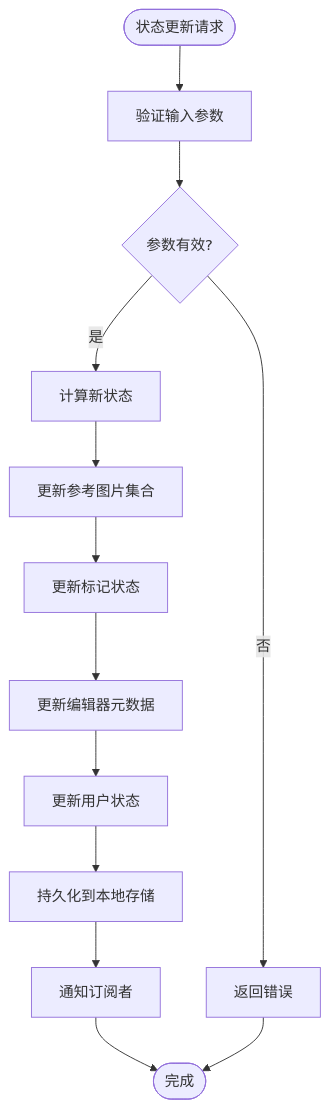
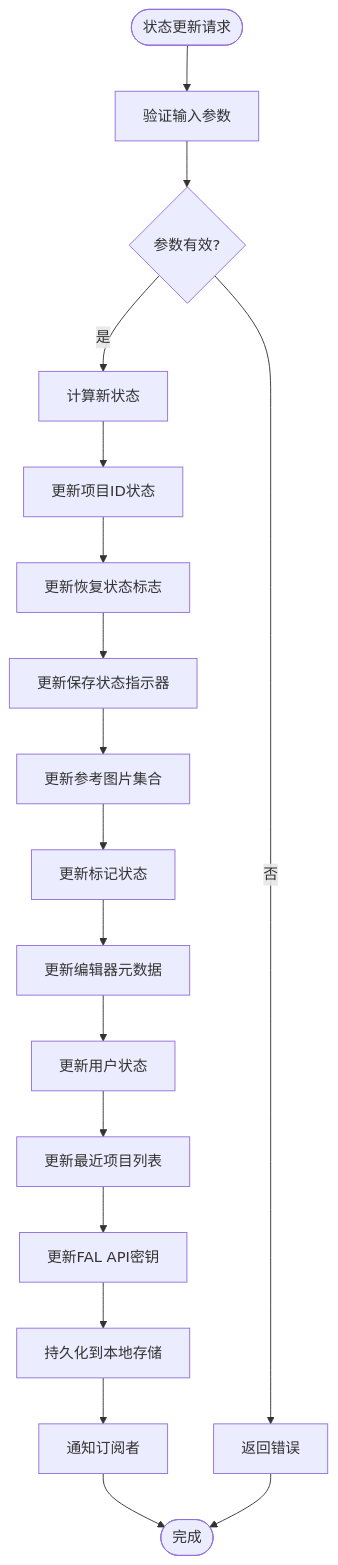
Before and after one commit to billye220670/BananaFlow2: the fifth of 29 diagrams in .qoder/repowiki/zh/content/状态管理系统.md, drawn with Mermaid. The commit also changed other lines of this file and 12 other files, not shown here.

First line of the commit message:
fix: shimmer占位图全程覆盖 + 拖入无限循环修复

````diff
--- a/.qoder/repowiki/zh/content/状态管理系统.md
+++ b/.qoder/repowiki/zh/content/状态管理系统.md
@@ -317,15 +372,20 @@
 ```mermaid
 flowchart TD
 Start([状态更新请求]) --> Validate["验证输入参数"]
 Validate --> Valid{"参数有效?"}
 Valid --> |否| Error["返回错误"]
 Valid --> |是| Compute["计算新状态"]
-Compute --> UpdateRefs["更新参考图片集合"]
+Compute --> UpdateProjectId["更新项目ID状态"]
+UpdateProjectId --> UpdateRestoreFlag["更新恢复状态标志"]
+UpdateRestoreFlag --> UpdateSaveStatus["更新保存状态指示器"]
+UpdateSaveStatus --> UpdateRefs["更新参考图片集合"]
 UpdateRefs --> UpdateMarkers["更新标记状态"]
 UpdateMarkers --> UpdateEditor["更新编辑器元数据"]
 UpdateEditor --> UpdateUser["更新用户状态"]
-UpdateUser --> Persist["持久化到本地存储"]
+UpdateUser --> UpdateRecentProjects["更新最近项目列表"]
+UpdateRecentProjects --> UpdateFALKey["更新FAL API密钥"]
+UpdateFALKey --> Persist["持久化到本地存储"]
 Persist --> Notify["通知订阅者"]
 Notify --> End([完成])
 Error --> End
 ```
````
